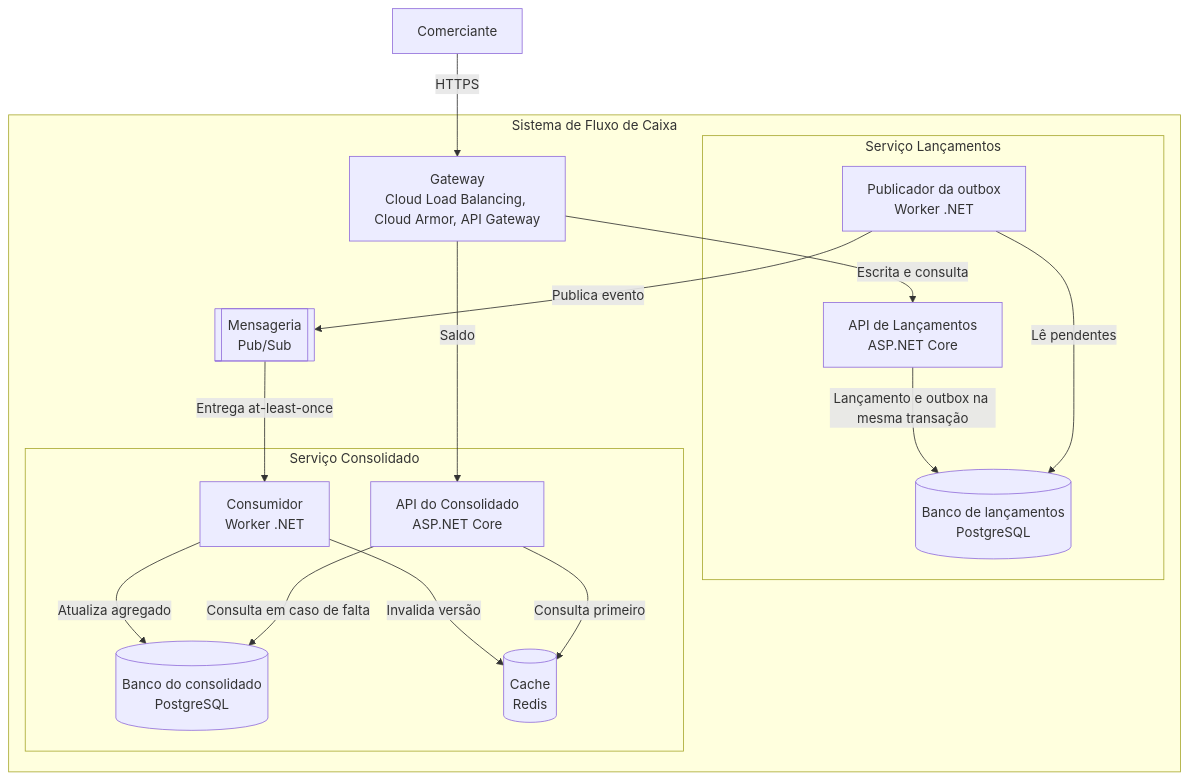
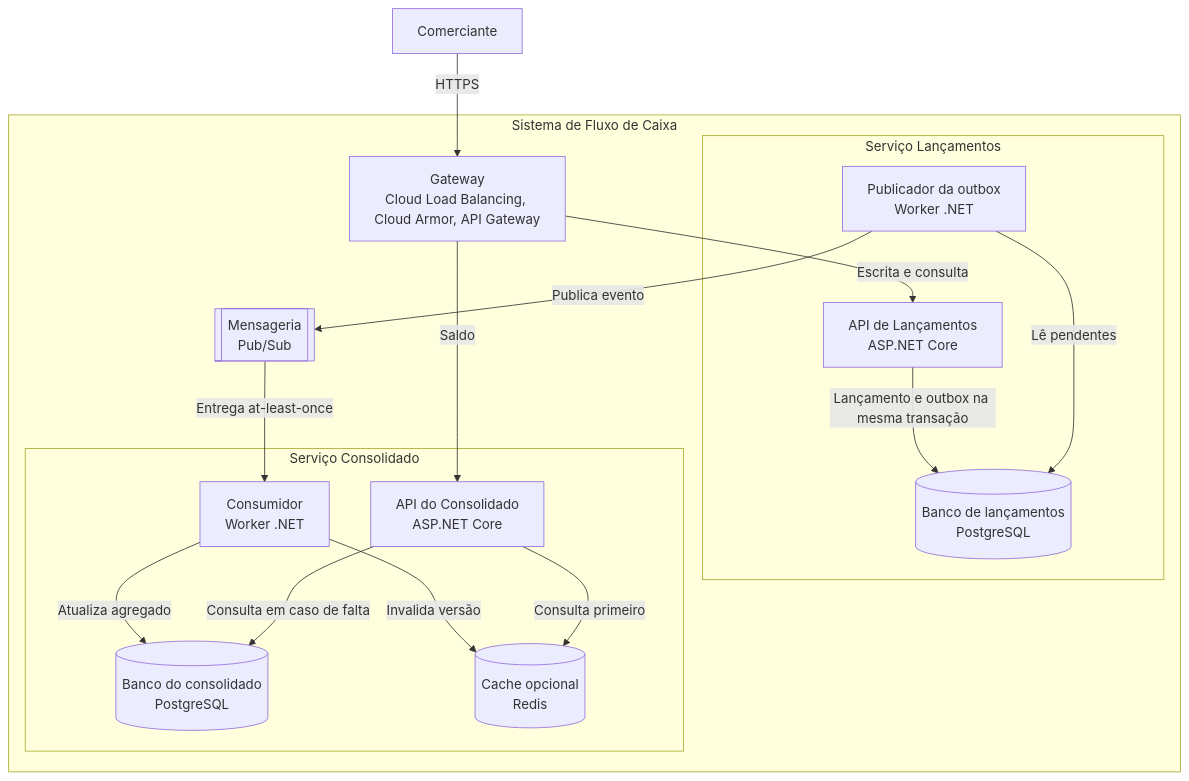
Before and after one commit to adrielcodeco/daily-cash-flow: the second of 12 diagrams in docs/03-arquitetura-alvo.md, drawn with Mermaid. The commit also changed other lines of this file and 80 other files, not shown here.

````diff
--- a/docs/03-arquitetura-alvo.md
+++ b/docs/03-arquitetura-alvo.md
@@ -21,30 +21,30 @@
 ```mermaid
 flowchart TB
     COM[Comerciante]
     subgraph SIS[Sistema de Fluxo de Caixa]
         GW["Gateway<br/>Cloud Load Balancing, Cloud Armor, API Gateway"]
         subgraph LS[Serviço Lançamentos]
             LA["API de Lançamentos<br/>ASP.NET Core"]
             LP["Publicador da outbox<br/>Worker .NET"]
             LD[("Banco de lançamentos<br/>PostgreSQL")]
         end
         MQ[["Mensageria<br/>Pub/Sub"]]
         subgraph CS[Serviço Consolidado]
             CC["Consumidor<br/>Worker .NET"]
             CA["API do Consolidado<br/>ASP.NET Core"]
             CD[("Banco do consolidado<br/>PostgreSQL")]
-            CR[("Cache<br/>Redis")]
+            CR[("Cache opcional<br/>Redis")]
         end
     end
     COM -- "HTTPS" --> GW
     GW -- "Escrita e consulta" --> LA
     GW -- "Saldo" --> CA
     LA -- "Lançamento e outbox na mesma transação" --> LD
     LP -- "Lê pendentes" --> LD
     LP -- "Publica evento" --> MQ
     MQ -- "Entrega at-least-once" --> CC
     CC -- "Atualiza agregado" --> CD
     CC -- "Invalida versão" --> CR
     CA -- "Consulta primeiro" --> CR
     CA -- "Consulta em caso de falta" --> CD
 ```
````
